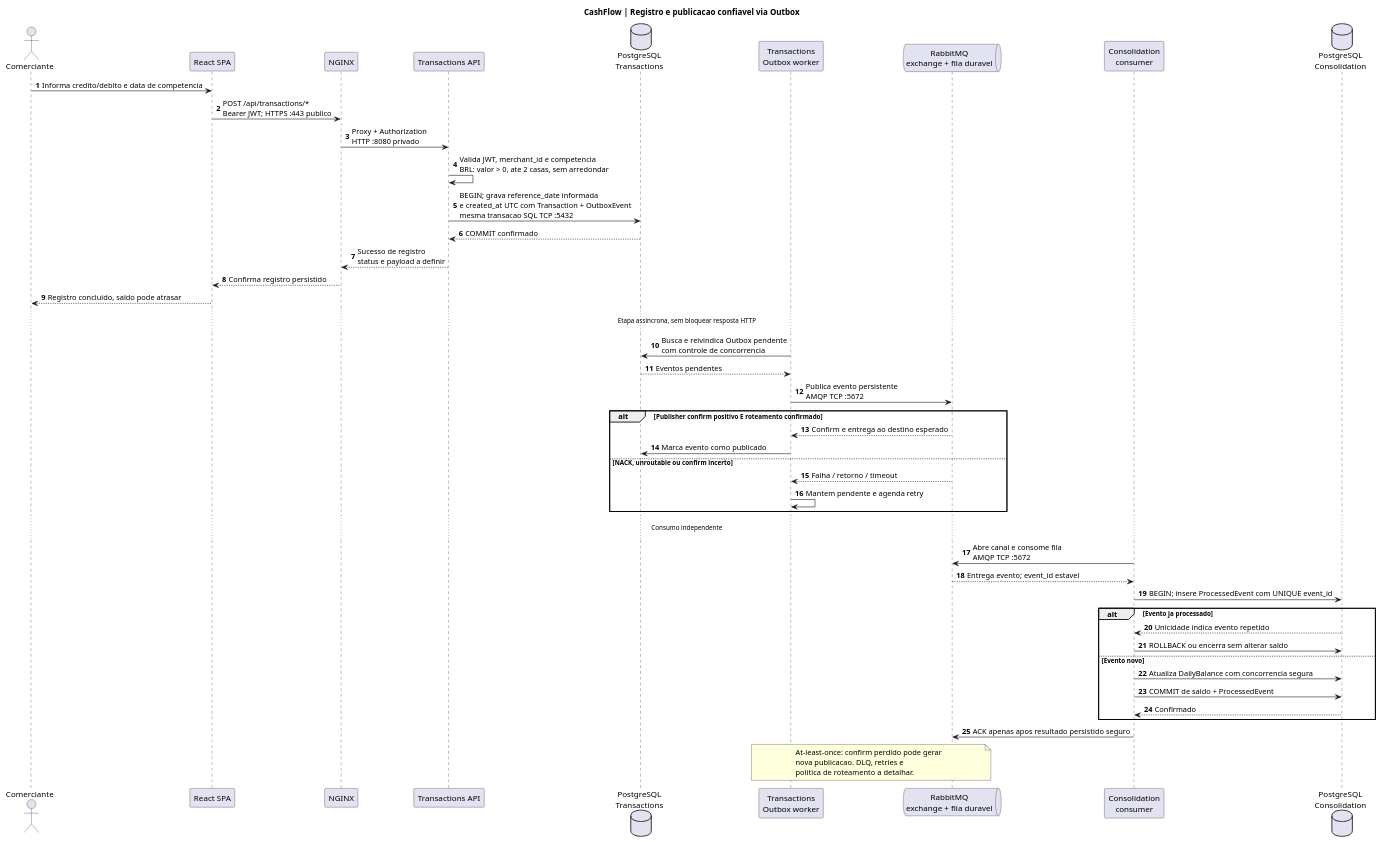
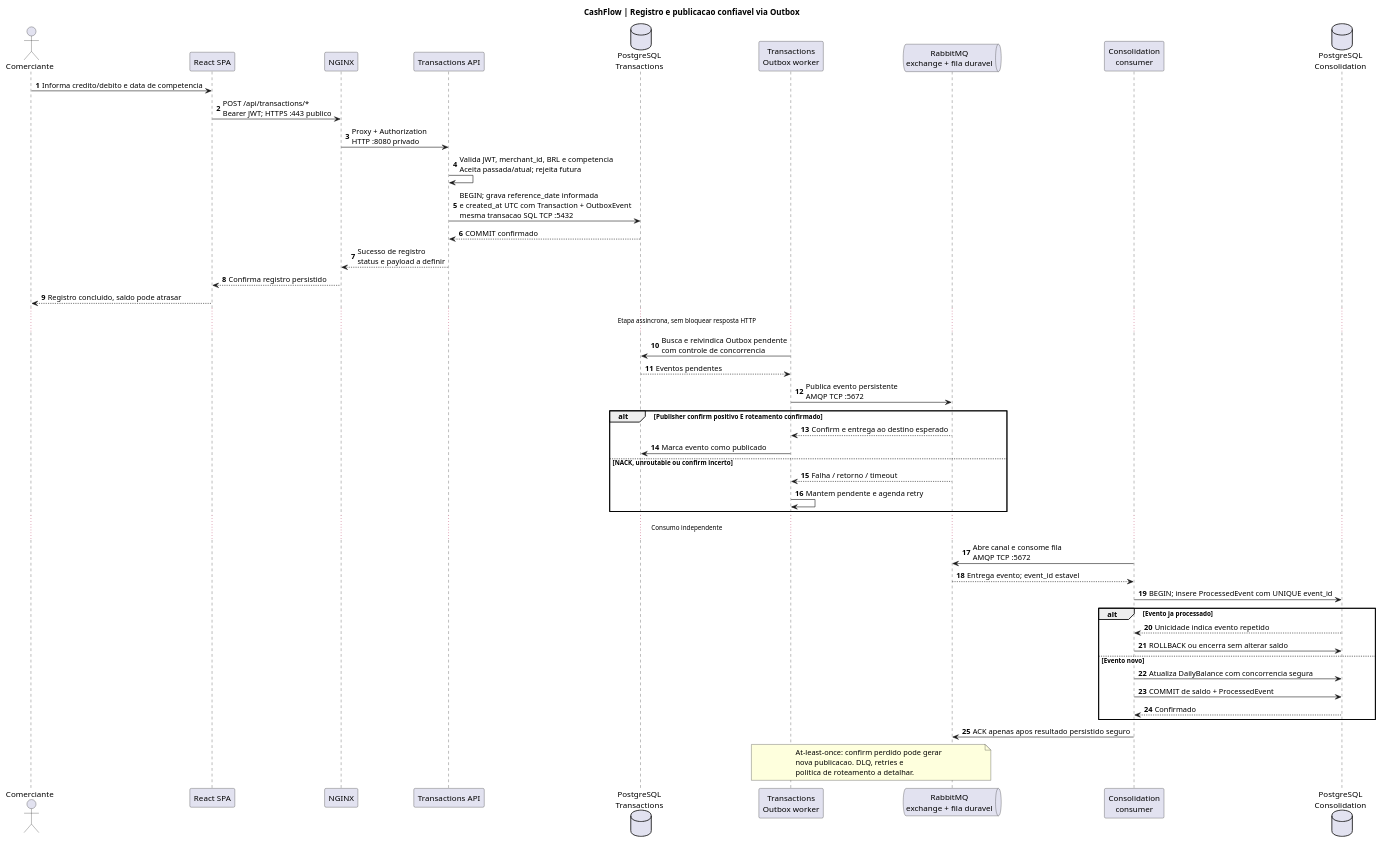
One commit to wolwerr/CashFlow-Architecture changed the diagram in docs/architecture/plantuml/sequence-register.puml. Above: the diagram before and after it, drawn with PlantUML.

Commit message:
docs(domain): accept past/current competence and reproject cumulative balances

```diff
--- a/docs/architecture/plantuml/sequence-register.puml
+++ b/docs/architecture/plantuml/sequence-register.puml
@@ -1,53 +1,53 @@
 @startuml CashFlow_Register
 title CashFlow | Registro e publicacao confiavel via Outbox
 autonumber
 actor Comerciante as U
 participant "React SPA" as W
 participant "NGINX" as G
 participant "Transactions API" as API
 database "PostgreSQL\nTransactions" as DBT
 participant "Transactions\nOutbox worker" as OUT
 queue "RabbitMQ\nexchange + fila duravel" as MQ
 participant "Consolidation\nconsumer" as CON
 database "PostgreSQL\nConsolidation" as DBC
 
 U -> W: Informa credito/debito e data de competencia
 W -> G: POST /api/transactions/*\nBearer JWT; HTTPS :443 publico
 G -> API: Proxy + Authorization\nHTTP :8080 privado
-API -> API: Valida JWT, merchant_id e competencia\nBRL: valor > 0, ate 2 casas, sem arredondar
+API -> API: Valida JWT, merchant_id, BRL e competencia\nAceita passada/atual; rejeita futura
 API -> DBT: BEGIN; grava reference_date informada\ne created_at UTC com Transaction + OutboxEvent\nmesma transacao SQL TCP :5432
 DBT --> API: COMMIT confirmado
 API --> G: Sucesso de registro\nstatus e payload a definir
 G --> W: Confirma registro persistido
 W --> U: Registro concluido, saldo pode atrasar
 
 ... Etapa assincrona, sem bloquear resposta HTTP ...
 OUT -> DBT: Busca e reivindica Outbox pendente\ncom controle de concorrencia
 DBT --> OUT: Eventos pendentes
 OUT -> MQ: Publica evento persistente\nAMQP TCP :5672
 alt Publisher confirm positivo E roteamento confirmado
   MQ --> OUT: Confirm e entrega ao destino esperado
   OUT -> DBT: Marca evento como publicado
 else NACK, unroutable ou confirm incerto
   MQ --> OUT: Falha / retorno / timeout
   OUT -> OUT: Mantem pendente e agenda retry
 end
 ... Consumo independente ...
 CON -> MQ: Abre canal e consome fila\nAMQP TCP :5672
 MQ --> CON: Entrega evento; event_id estavel
 CON -> DBC: BEGIN; insere ProcessedEvent com UNIQUE event_id
 alt Evento ja processado
   DBC --> CON: Unicidade indica evento repetido
   CON -> DBC: ROLLBACK ou encerra sem alterar saldo
 else Evento novo
   CON -> DBC: Atualiza DailyBalance com concorrencia segura
   CON -> DBC: COMMIT de saldo + ProcessedEvent
   DBC --> CON: Confirmado
 end
 CON -> MQ: ACK apenas apos resultado persistido seguro
 note over OUT,MQ
 At-least-once: confirm perdido pode gerar
 nova publicacao. DLQ, retries e
 politica de roteamento a detalhar.
 end note
 @enduml
```
